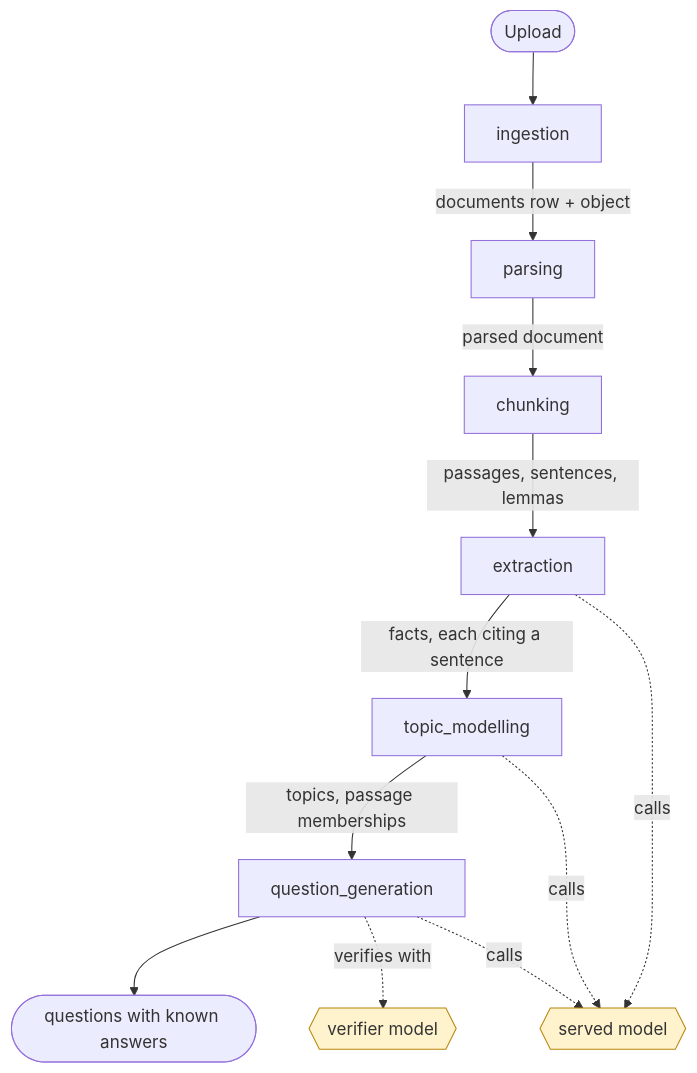
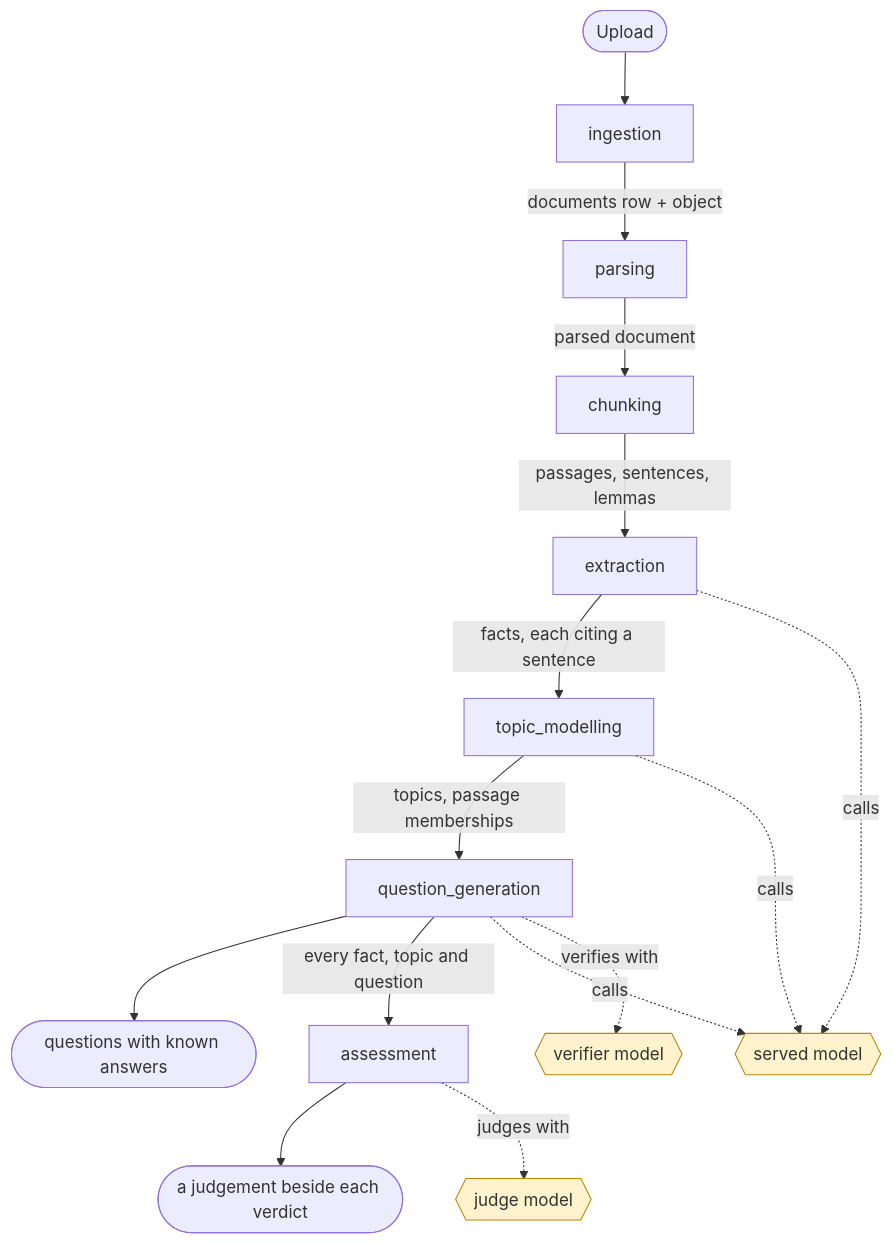
Before and after one commit to hazemkhaled-94/qa_generator: the first of 4 diagrams in docs/architecture.md, drawn with Mermaid. The commit also changed other lines of this file and 58 other files, not shown here.

````diff
--- a/docs/architecture.md
+++ b/docs/architecture.md
@@ -11,18 +12,21 @@
 ```mermaid
 flowchart TD
     upload([Upload]) --> ing[ingestion]
     ing -->|documents row + object| par[parsing]
     par -->|parsed document| chu[chunking]
     chu -->|passages, sentences, lemmas| ext[extraction]
     ext -->|facts, each citing a sentence| top[topic_modelling]
     top -->|topics, passage memberships| qgn[question_generation]
     qgn --> out([questions with known answers])
+    qgn -->|every fact, topic and question| ass[assessment]
+    ass --> opinion([a judgement beside each verdict])
 
     ext -.calls.-> llm{{served model}}
     top -.calls.-> llm
     qgn -.calls.-> llm
     qgn -.verifies with.-> vfy{{verifier model}}
+    ass -.judges with.-> jdg{{judge model}}
 
     classDef model fill:#fff3cd,stroke:#b8860b
-    class llm,vfy model
+    class llm,vfy,jdg model
 ```
````
